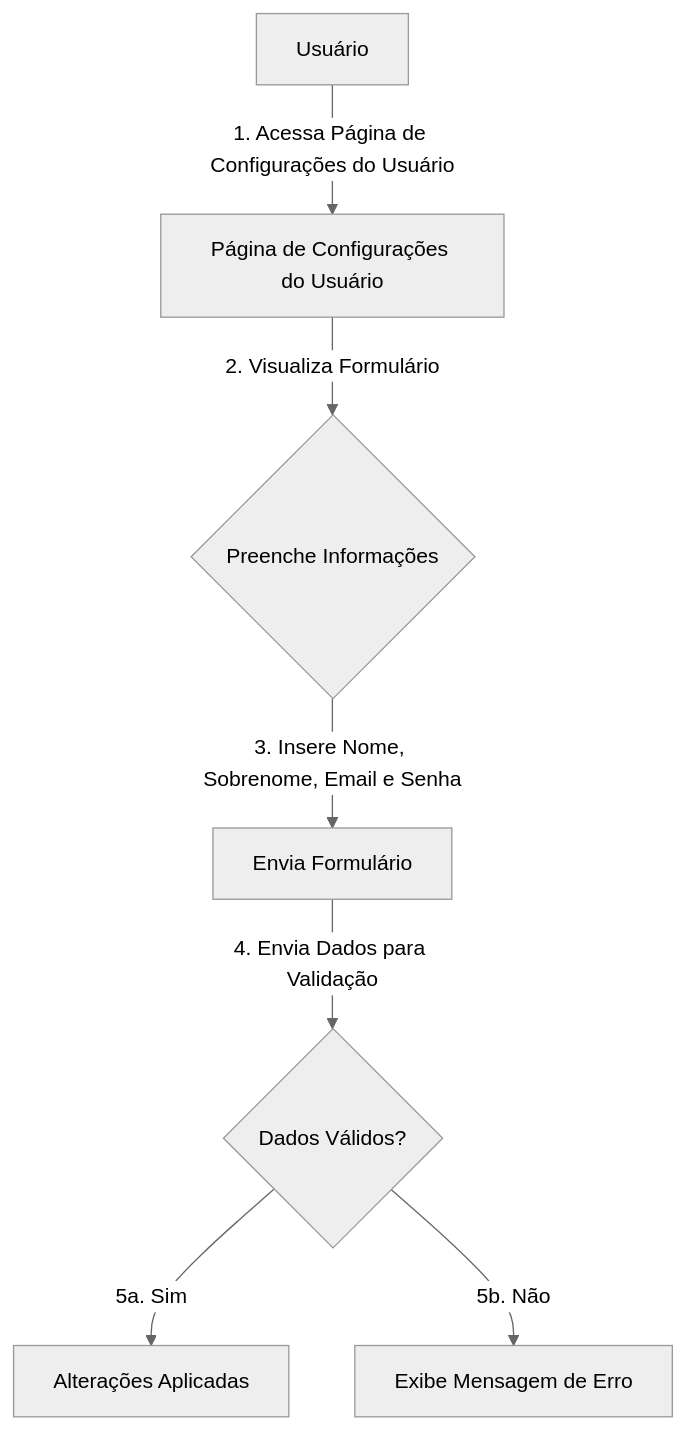
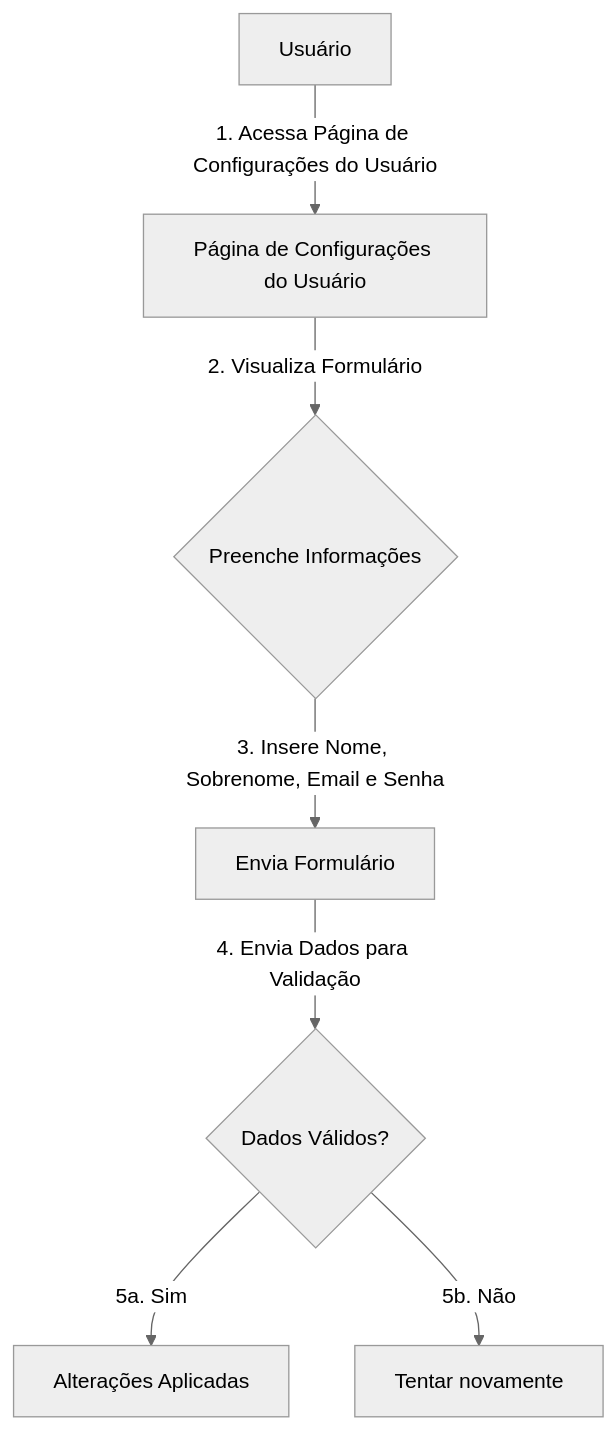
Before and after one commit to ICEI-PUC-Minas-PMV-SI/pmv-si-2024-1-pe6-t1-g1-gestao-de-acervo-literario-pessoal: diagram 11 of 11 in docs/frontend-web.md, drawn with Mermaid (neutral theme). The commit also changed other lines of this file, not shown here.

````diff
--- a/docs/frontend-web.md
+++ b/docs/frontend-web.md
@@ -468,10 +468,10 @@
 ```mermaid
 graph TD;
     A[Usuário] -->|1. Acessa Página de Configurações do Usuário| B[Página de Configurações do Usuário];
     B -->|2. Visualiza Formulário| C{Preenche Informações};
     C -->|3. Insere Nome, Sobrenome, Email e Senha| D[Envia Formulário];
     D -->|4. Envia Dados para Validação| E{Dados Válidos?};
     E -->|5a. Sim| F[Alterações Aplicadas];
-    E -->|5b. Não| G[Exibe Mensagem de Erro];
+    E -->|5b. Não| G[Tentar novamente];
 
 ```
````
